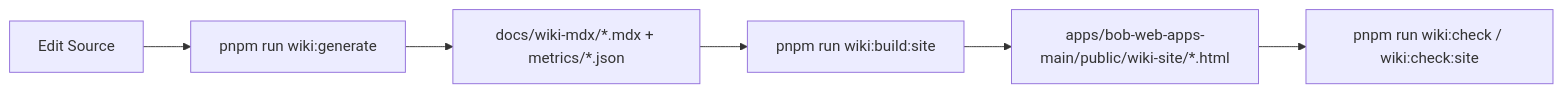
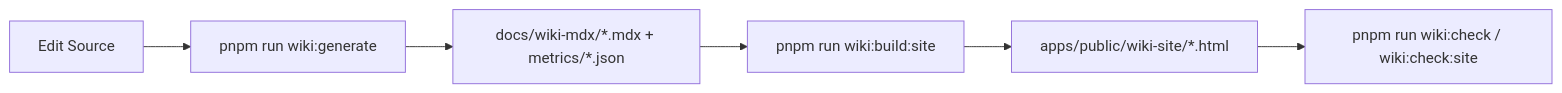
The second of 2 diagrams in docs/wiki-mdx/01-architecture.mdx (eddie253/huoduoduo), drawn with Mermaid before and after one commit. The commit also changed other lines of this file and 37 other files, not shown here.

````diff
--- a/docs/wiki-mdx/01-architecture.mdx
+++ b/docs/wiki-mdx/01-architecture.mdx
@@ -109,8 +109,8 @@
 ```mermaid
 flowchart LR
   A["Edit Source"] --> B["pnpm run wiki:generate"]
   B --> C["docs/wiki-mdx/*.mdx + metrics/*.json"]
   C --> D["pnpm run wiki:build:site"]
-  D --> E["apps/bob-web-apps-main/public/wiki-site/*.html"]
+  D --> E["apps/public/wiki-site/*.html"]
   E --> F["pnpm run wiki:check / wiki:check:site"]
 ```
````
